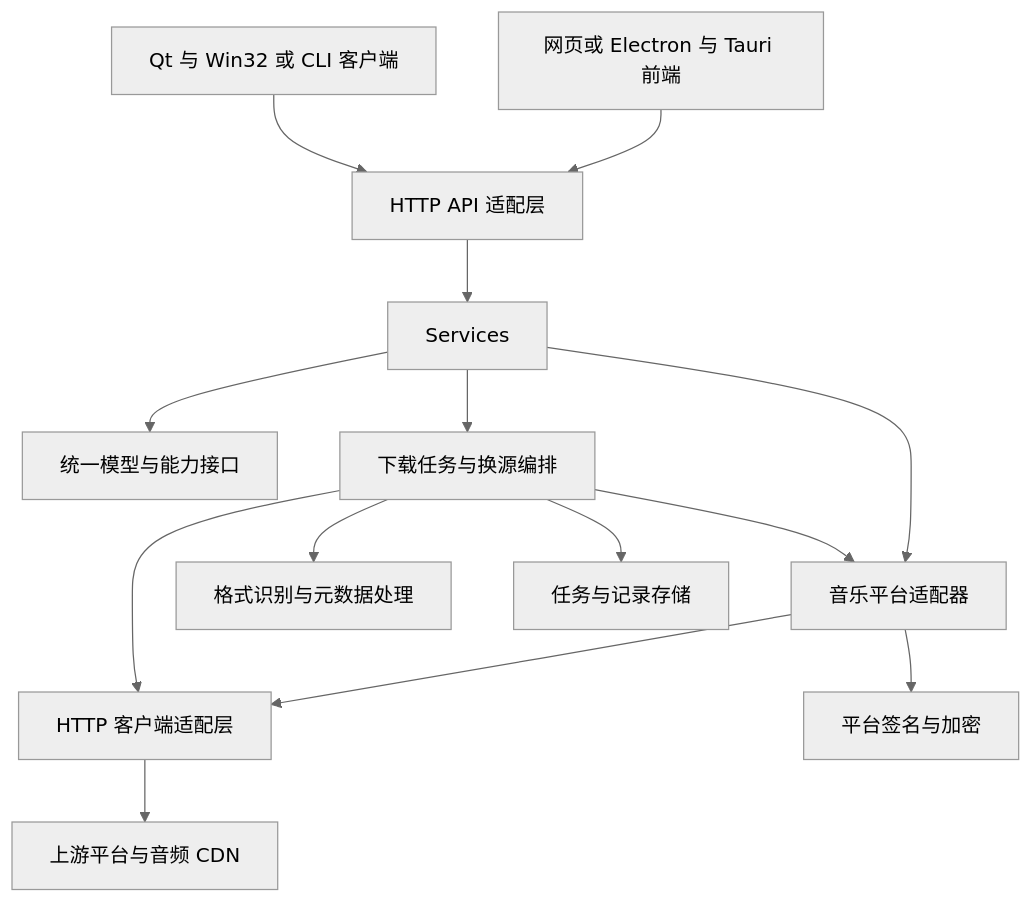
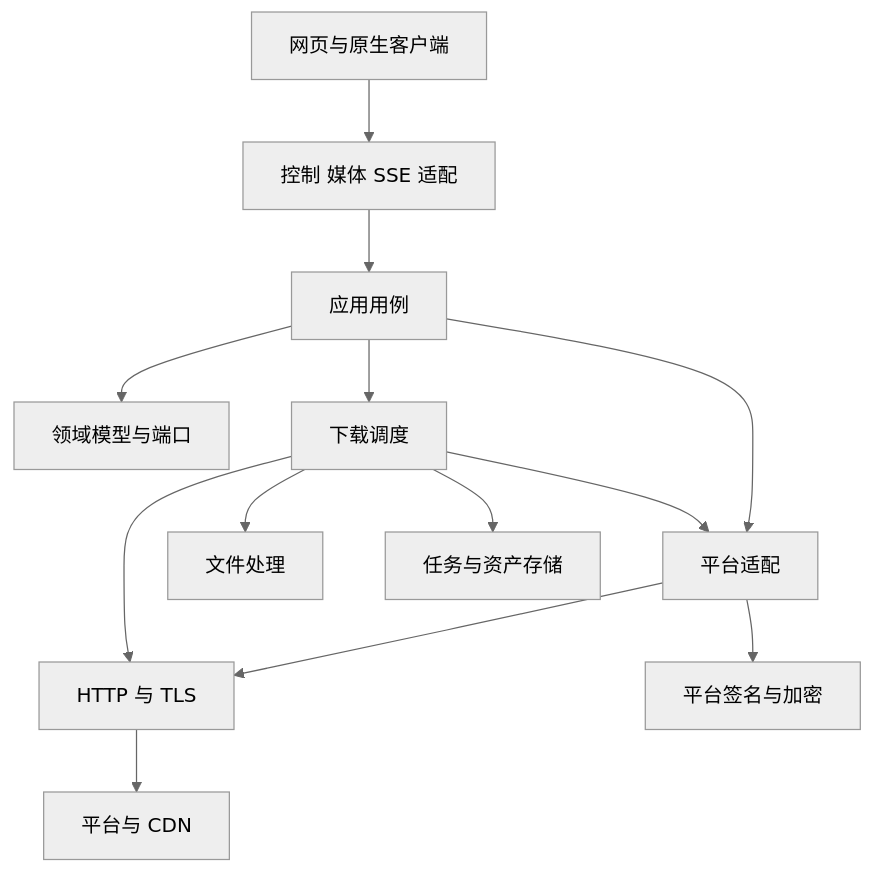
The diagram in docs/design/cpp20-refactor/architecture.md (ddmoyu/music-service), drawn with Mermaid (neutral theme) before and after one commit. The commit also changed other lines of this file and 15 other files, not shown here.

````diff
--- a/docs/design/cpp20-refactor/architecture.md
+++ b/docs/design/cpp20-refactor/architecture.md
@@ -56,16 +13,15 @@
 ```mermaid
 flowchart TD
-    External[网页或 Electron 与 Tauri 前端] --> Api[HTTP API 适配层]
-    Cli[Qt 与 Win32 或 CLI 客户端] --> Api
-    Api --> Services
-    Services --> Domain[统一模型与能力接口]
-    Services --> Providers[音乐平台适配器]
-    Services --> Downloads[下载任务与换源编排]
-    Providers --> Transport[HTTP 客户端适配层]
+    Clients[网页与原生客户端] --> HTTP[控制 媒体 SSE 适配]
+    HTTP --> App[应用用例]
+    App --> Domain[领域模型与端口]
+    App --> Providers[平台适配]
+    App --> Queue[下载调度]
+    Providers --> Transport[HTTP 与 TLS]
     Providers --> Crypto[平台签名与加密]
-    Downloads --> Providers
-    Downloads --> Transport
-    Downloads --> Media[格式识别与元数据处理]
-    Downloads --> Store[任务与记录存储]
-    Transport --> Upstream[上游平台与音频 CDN]
+    Queue --> Providers
+    Queue --> Transport
+    Queue --> Audio[文件处理]
+    Queue --> Storage[任务与资产存储]
+    Transport --> Platform[平台与 CDN]
 ```
````
